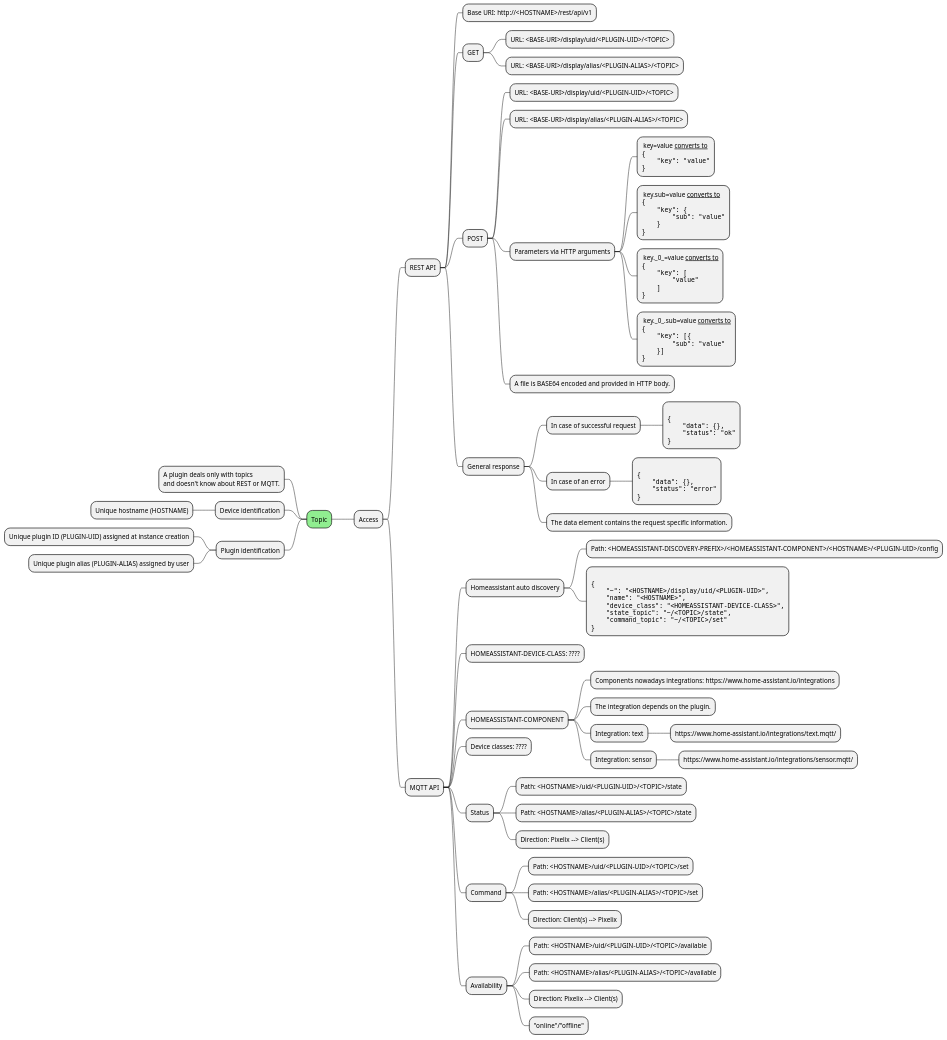
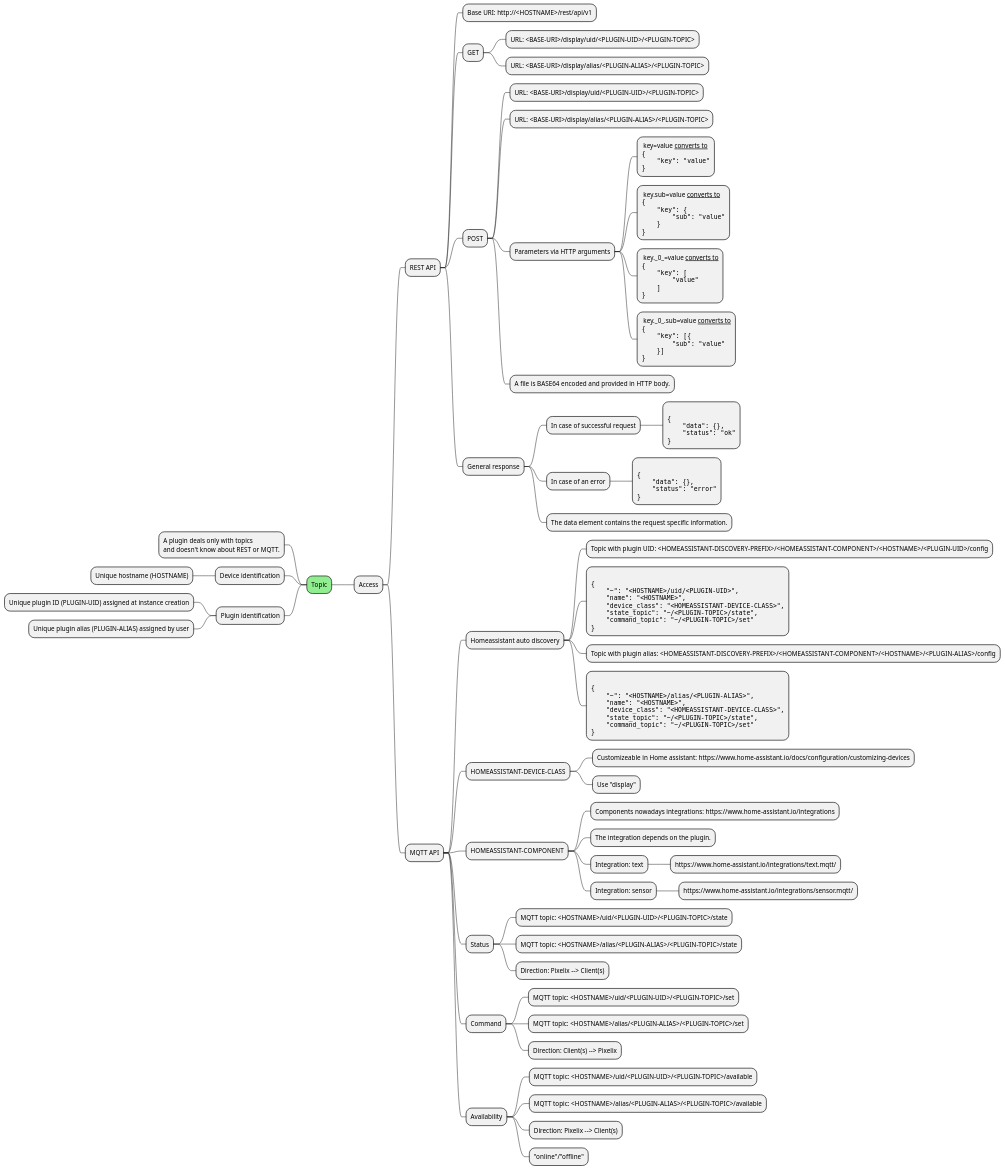
Before and after one commit to BlueAndi/Pixelix: the diagram in doc/architecture/uml/topic_handling_mindmap.wsd, drawn with PlantUML. The commit also changed 9 other files, not shown here.

Commit message:
Home Assistant MQTT discovery support

```diff
--- a/doc/architecture/uml/topic_handling_mindmap.wsd
+++ b/doc/architecture/uml/topic_handling_mindmap.wsd
@@ -1,118 +1,130 @@
 @startmindmap
 
 +[#lightgreen] Topic
 ++ Access
 
 +++ REST API
 
 ++++ Base URI: http://<HOSTNAME>/rest/api/v1
 
 ++++ GET
-+++++ URL: <BASE-URI>/display/uid/<PLUGIN-UID>/<TOPIC>
-+++++ URL: <BASE-URI>/display/alias/<PLUGIN-ALIAS>/<TOPIC>
++++++ URL: <BASE-URI>/display/uid/<PLUGIN-UID>/<PLUGIN-TOPIC>
++++++ URL: <BASE-URI>/display/alias/<PLUGIN-ALIAS>/<PLUGIN-TOPIC>
 
 ++++ POST
-+++++ URL: <BASE-URI>/display/uid/<PLUGIN-UID>/<TOPIC>
-+++++ URL: <BASE-URI>/display/alias/<PLUGIN-ALIAS>/<TOPIC>
++++++ URL: <BASE-URI>/display/uid/<PLUGIN-UID>/<PLUGIN-TOPIC>
++++++ URL: <BASE-URI>/display/alias/<PLUGIN-ALIAS>/<PLUGIN-TOPIC>
 
 +++++ Parameters via HTTP arguments
 ******: key=value __converts to__
 <code>
 {
     "key": "value"
 }
 </code>;
 ******: key.sub=value __converts to__
 <code>
 {
     "key": {
         "sub": "value"
     }
 }
 </code>;
 ******: key._0_=value __converts to__
 <code>
 {
     "key": [
         "value"
     ]
 }
 </code>;
 ******: key._0_.sub=value __converts to__
 <code>
 {
     "key": [{
         "sub": "value"
     }]
 }
 </code>;
 
 +++++ A file is BASE64 encoded and provided in HTTP body.
 
 
 ++++ General response
 +++++ In case of successful request
 ******:
 <code>
 {
     "data": {},
     "status": "ok"
 }
 </code>;
 
 +++++ In case of an error
 ******:
 <code>
 {
     "data": {},
     "status": "error"
 }
 </code>;
 +++++ The data element contains the request specific information.
 
 +++ MQTT API
 
 ++++ Homeassistant auto discovery
-+++++ Path: <HOMEASSISTANT-DISCOVERY-PREFIX>/<HOMEASSISTANT-COMPONENT>/<HOSTNAME>/<PLUGIN-UID>/config
++++++ Topic with plugin UID: <HOMEASSISTANT-DISCOVERY-PREFIX>/<HOMEASSISTANT-COMPONENT>/<HOSTNAME>/<PLUGIN-UID>/config
 *****:
 <code>
 {
-    "~": "<HOSTNAME>/display/uid/<PLUGIN-UID>",
+    "~": "<HOSTNAME>/uid/<PLUGIN-UID>",
     "name": "<HOSTNAME>",
     "device_class": "<HOMEASSISTANT-DEVICE-CLASS>",
-    "state_topic": "~/<TOPIC>/state",
-    "command_topic": "~/<TOPIC>/set"
+    "state_topic": "~/<PLUGIN-TOPIC>/state",
+    "command_topic": "~/<PLUGIN-TOPIC>/set"
 }
 </code>;
-++++ HOMEASSISTANT-DEVICE-CLASS: ????
++++++ Topic with plugin alias: <HOMEASSISTANT-DISCOVERY-PREFIX>/<HOMEASSISTANT-COMPONENT>/<HOSTNAME>/<PLUGIN-ALIAS>/config
+*****:
+<code>
+{
+    "~": "<HOSTNAME>/alias/<PLUGIN-ALIAS>",
+    "name": "<HOSTNAME>",
+    "device_class": "<HOMEASSISTANT-DEVICE-CLASS>",
+    "state_topic": "~/<PLUGIN-TOPIC>/state",
+    "command_topic": "~/<PLUGIN-TOPIC>/set"
+}
+</code>;
+++++ HOMEASSISTANT-DEVICE-CLASS
++++++ Customizeable in Home assistant: https://www.home-assistant.io/docs/configuration/customizing-devices
++++++ Use "display"
 ++++ HOMEASSISTANT-COMPONENT
 +++++ Components nowadays integrations: https://www.home-assistant.io/integrations
 +++++ The integration depends on the plugin.
 +++++ Integration: text
 ++++++ https://www.home-assistant.io/integrations/text.mqtt/
 +++++ Integration: sensor
 ++++++ https://www.home-assistant.io/integrations/sensor.mqtt/
-++++ Device classes: ????
 
 ++++ Status
-+++++ Path: <HOSTNAME>/uid/<PLUGIN-UID>/<TOPIC>/state
-+++++ Path: <HOSTNAME>/alias/<PLUGIN-ALIAS>/<TOPIC>/state
++++++ MQTT topic: <HOSTNAME>/uid/<PLUGIN-UID>/<PLUGIN-TOPIC>/state
++++++ MQTT topic: <HOSTNAME>/alias/<PLUGIN-ALIAS>/<PLUGIN-TOPIC>/state
 +++++ Direction: Pixelix --> Client(s)
 ++++ Command
-+++++ Path: <HOSTNAME>/uid/<PLUGIN-UID>/<TOPIC>/set
-+++++ Path: <HOSTNAME>/alias/<PLUGIN-ALIAS>/<TOPIC>/set
++++++ MQTT topic: <HOSTNAME>/uid/<PLUGIN-UID>/<PLUGIN-TOPIC>/set
++++++ MQTT topic: <HOSTNAME>/alias/<PLUGIN-ALIAS>/<PLUGIN-TOPIC>/set
 +++++ Direction: Client(s) --> Pixelix
 ++++ Availability
-+++++ Path: <HOSTNAME>/uid/<PLUGIN-UID>/<TOPIC>/available
-+++++ Path: <HOSTNAME>/alias/<PLUGIN-ALIAS>/<TOPIC>/available
++++++ MQTT topic: <HOSTNAME>/uid/<PLUGIN-UID>/<PLUGIN-TOPIC>/available
++++++ MQTT topic: <HOSTNAME>/alias/<PLUGIN-ALIAS>/<PLUGIN-TOPIC>/available
 +++++ Direction: Pixelix --> Client(s)
 +++++ "online"/"offline"
 
 -- A plugin deals only with topics\nand doesn't know about REST or MQTT.
 -- Device identification
 --- Unique hostname (HOSTNAME)
 -- Plugin identification
 --- Unique plugin ID (PLUGIN-UID) assigned at instance creation
 --- Unique plugin alias (PLUGIN-ALIAS) assigned by user
 
 @endmindmap
```
